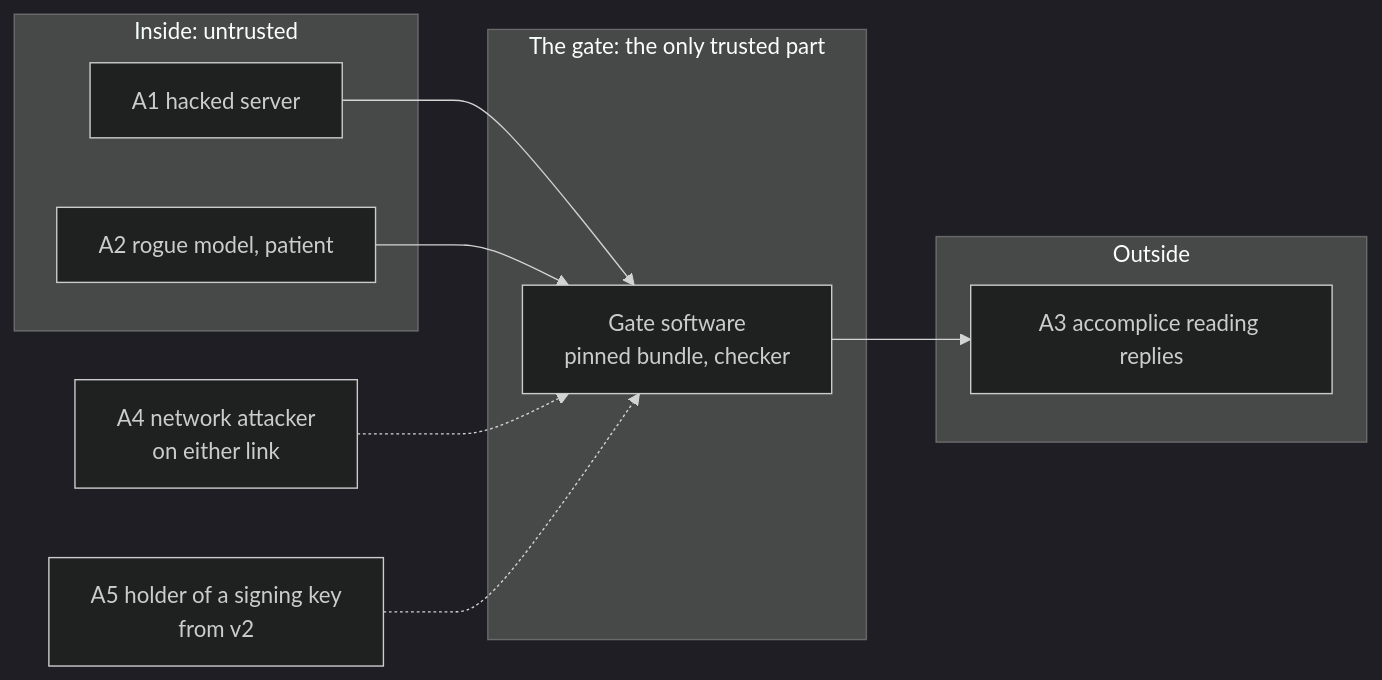
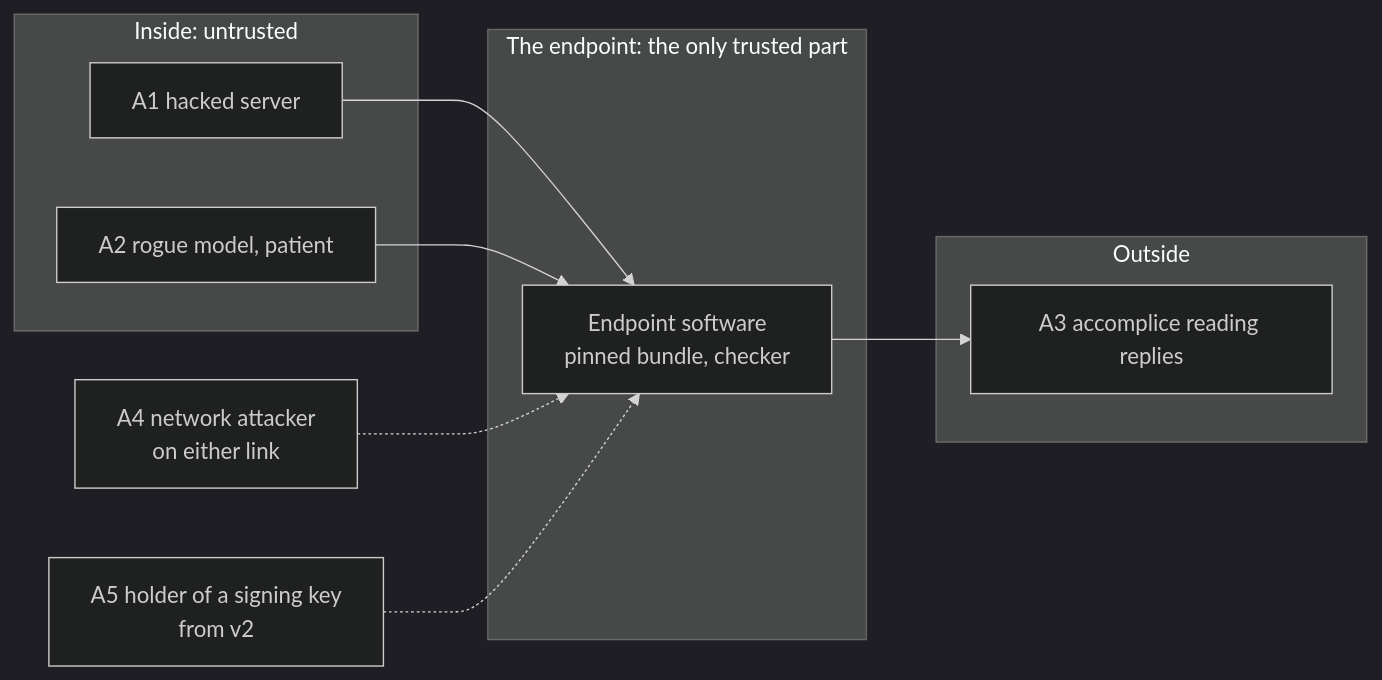
Before and after one commit to 0x471/fasr-proof-gated-egress: the diagram in book/diagrams/threats.mmd, drawn with Mermaid (dark theme). The commit also changed 82 other files, not shown here.

Commit message:
refactor: rename the gate to the endpoint throughout

```diff
--- a/book/diagrams/threats.mmd
+++ b/book/diagrams/threats.mmd
@@ -1,18 +1,18 @@
 flowchart LR
     subgraph INS["Inside: untrusted"]
         A1["A1 hacked server"]
         A2["A2 rogue model, patient"]
     end
-    subgraph TRU["The gate: the only trusted part"]
-        GATE["Gate software<br/>pinned bundle, checker"]
+    subgraph TRU["The endpoint: the only trusted part"]
+        ENDPOINT["Endpoint software<br/>pinned bundle, checker"]
     end
     subgraph OUTS["Outside"]
         A3["A3 accomplice reading replies"]
     end
     A4["A4 network attacker<br/>on either link"]
     A5["A5 holder of a signing key<br/>from v2"]
-    A1 --> GATE
-    A2 --> GATE
-    GATE --> A3
-    A4 -.-> GATE
-    A5 -.-> GATE
+    A1 --> ENDPOINT
+    A2 --> ENDPOINT
+    ENDPOINT --> A3
+    A4 -.-> ENDPOINT
+    A5 -.-> ENDPOINT
```
